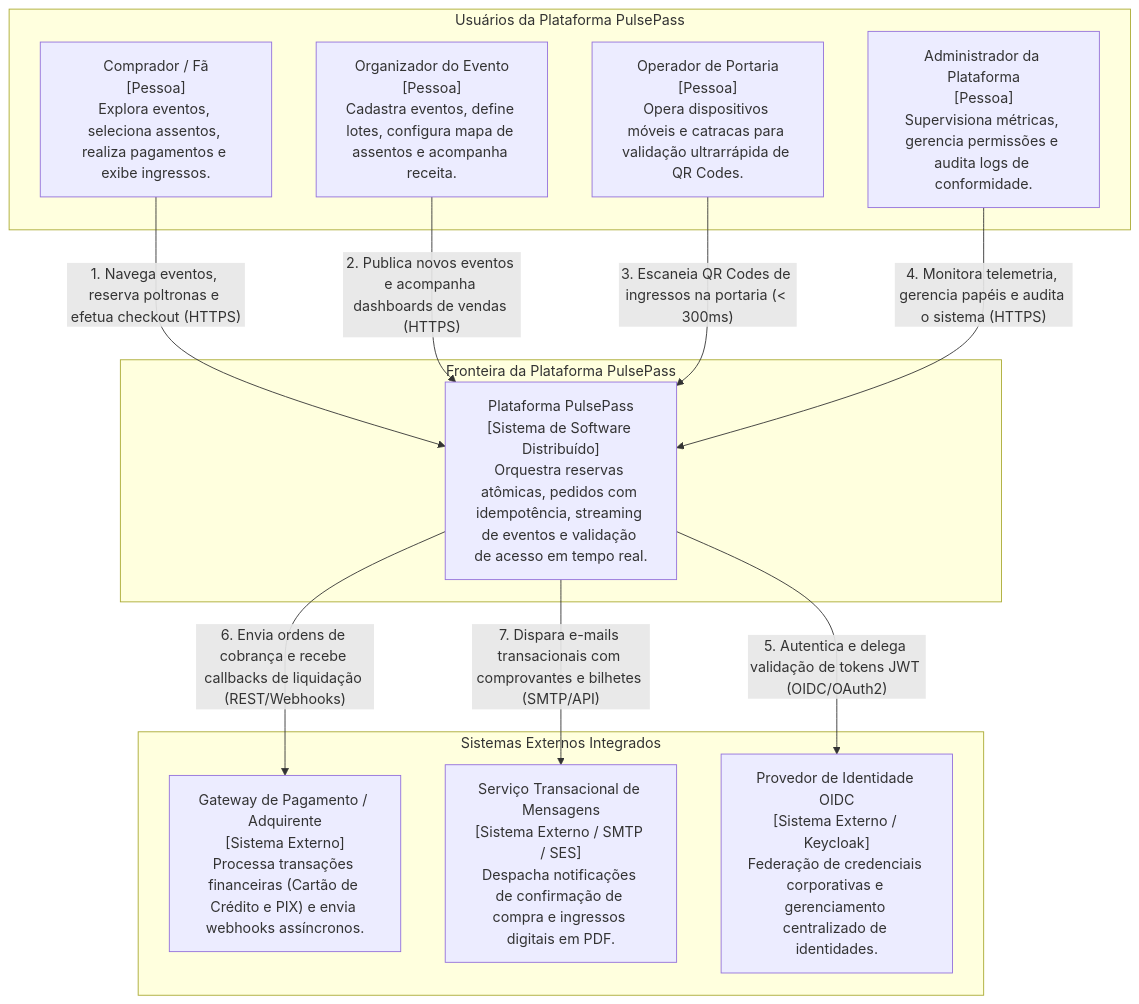
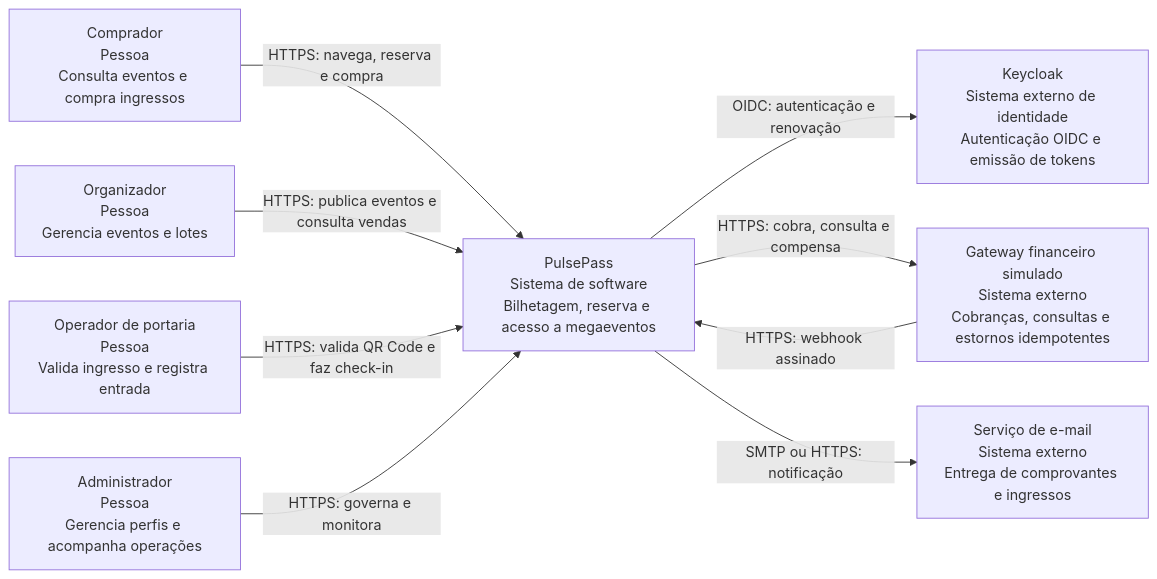
The first of 9 diagrams in production_artifacts/Technical_Specification.md (eduepaz/projeto-integrador-de-construcao-de-software), drawn with Mermaid before and after one commit. The commit also changed other lines of this file and 3 other files, not shown here.

````diff
--- a/production_artifacts/Technical_Specification.md
+++ b/production_artifacts/Technical_Specification.md
@@ -53,28 +72,19 @@
 ```mermaid
-flowchart TD
-    subgraph Usuarios["Usuários da Plataforma PulsePass"]
-        U1["Comprador / Fã<br>[Pessoa]<br>Explora eventos, seleciona assentos, realiza pagamentos e exibe ingressos."]
-        U2["Organizador do Evento<br>[Pessoa]<br>Cadastra eventos, define lotes, configura mapa de assentos e acompanha receita."]
-        U3["Operador de Portaria<br>[Pessoa]<br>Opera dispositivos móveis e catracas para validação ultrarrápida de QR Codes."]
-        U4["Administrador da Plataforma<br>[Pessoa]<br>Supervisiona métricas, gerencia permissões e audita logs de conformidade."]
-    end
-
-    subgraph FronteiraPulsePass["Fronteira da Plataforma PulsePass"]
-        SYS["Plataforma PulsePass<br>[Sistema de Software Distribuído]<br>Orquestra reservas atômicas, pedidos com idempotência, streaming de eventos e validação de acesso em tempo real."]
-    end
-
-    subgraph SistemasExternos["Sistemas Externos Integrados"]
-        EXT_PAY["Gateway de Pagamento / Adquirente<br>[Sistema Externo]<br>Processa transações financeiras (Cartão de Crédito e PIX) e envia webhooks assíncronos."]
-        EXT_MAIL["Serviço Transacional de Mensagens<br>[Sistema Externo / SMTP / SES]<br>Despacha notificações de confirmação de compra e ingressos digitais em PDF."]
-        EXT_IDP["Provedor de Identidade OIDC<br>[Sistema Externo / Keycloak]<br>Federação de credenciais corporativas e gerenciamento centralizado de identidades."]
-    end
-
-    U1 -->|"1. Navega eventos, reserva poltronas e efetua checkout (HTTPS)"| SYS
-    U2 -->|"2. Publica novos eventos e acompanha dashboards de vendas (HTTPS)"| SYS
-    U3 -->|"3. Escaneia QR Codes de ingressos na portaria (< 300ms)"| SYS
-    U4 -->|"4. Monitora telemetria, gerencia papéis e audita o sistema (HTTPS)"| SYS
-
-    SYS -->|"5. Autentica e delega validação de tokens JWT (OIDC/OAuth2)"| EXT_IDP
-    SYS -->|"6. Envia ordens de cobrança e recebe callbacks de liquidação (REST/Webhooks)"| EXT_PAY
-    SYS -->|"7. Dispara e-mails transacionais com comprovantes e bilhetes (SMTP/API)"| EXT_MAIL
+flowchart LR
+    CLIENTE["Comprador<br/>Pessoa<br/>Consulta eventos e compra ingressos"]
+    ORGANIZADOR["Organizador<br/>Pessoa<br/>Gerencia eventos e lotes"]
+    OPERADOR["Operador de portaria<br/>Pessoa<br/>Valida ingresso e registra entrada"]
+    ADMIN["Administrador<br/>Pessoa<br/>Gerencia perfis e acompanha operações"]
+    PULSEPASS["PulsePass<br/>Sistema de software<br/>Bilhetagem, reserva e acesso a megaeventos"]
+    IDP["Keycloak<br/>Sistema externo de identidade<br/>Autenticação OIDC e emissão de tokens"]
+    GATEWAY["Gateway financeiro simulado<br/>Sistema externo<br/>Cobranças, consultas e estornos idempotentes"]
+    EMAIL["Serviço de e-mail<br/>Sistema externo<br/>Entrega de comprovantes e ingressos"]
+    CLIENTE -->|"HTTPS: navega, reserva e compra"| PULSEPASS
+    ORGANIZADOR -->|"HTTPS: publica eventos e consulta vendas"| PULSEPASS
+    OPERADOR -->|"HTTPS: valida QR Code e faz check-in"| PULSEPASS
+    ADMIN -->|"HTTPS: governa e monitora"| PULSEPASS
+    PULSEPASS -->|"OIDC: autenticação e renovação"| IDP
+    PULSEPASS -->|"HTTPS: cobra, consulta e compensa"| GATEWAY
+    GATEWAY -->|"HTTPS: webhook assinado"| PULSEPASS
+    PULSEPASS -->|"SMTP ou HTTPS: notificação"| EMAIL
 ```
````
